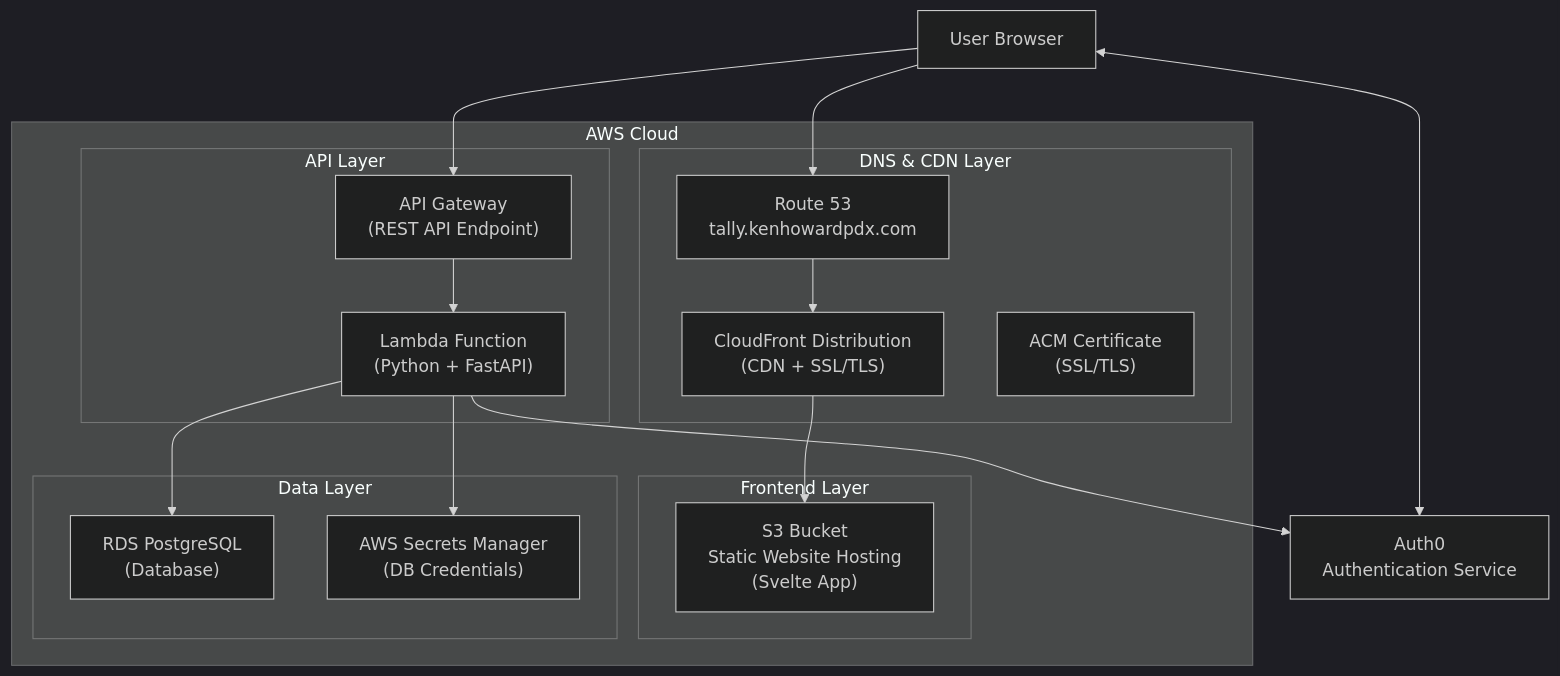
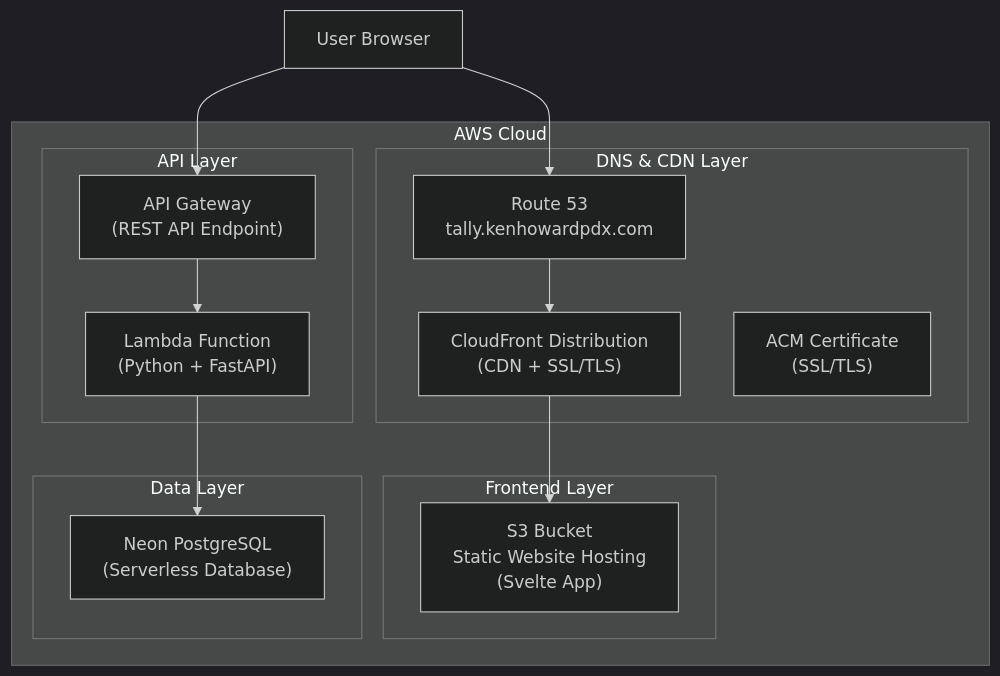
One commit to kenhowardpdx/tally changed the diagram in infra/README.md. Above: the diagram before and after it, drawn with Mermaid (dark theme). The commit also changed other lines of this file and 41 other files, not shown here.

````diff
--- a/infra/README.md
+++ b/infra/README.md
@@ -7,37 +36,32 @@
 ```mermaid
 graph TB
     subgraph AWS["AWS Cloud"]
         subgraph DNS["DNS & CDN Layer"]
             R53["Route 53<br/>tally.kenhowardpdx.com"]
             CF["CloudFront Distribution<br/>(CDN + SSL/TLS)"]
             ACM["ACM Certificate<br/>(SSL/TLS)"]
         end
 
         subgraph Frontend["Frontend Layer"]
             S3["S3 Bucket<br/>Static Website Hosting<br/>(Svelte App)"]
         end
 
         subgraph API["API Layer"]
             APIGW["API Gateway<br/>(REST API Endpoint)"]
             Lambda["Lambda Function<br/>(Python + FastAPI)"]
         end
 
         subgraph Data["Data Layer"]
-            RDS["RDS PostgreSQL<br/>(Database)"]
-            Secrets["AWS Secrets Manager<br/>(DB Credentials)"]
+            Neon["Neon PostgreSQL<br/>(Serverless Database)"]
         end
     end
 
     User["User Browser"]
-    Auth0["Auth0<br/>Authentication Service"]
 
     User --> R53
-    User <--> Auth0
     R53 --> CF
     CF --> S3
     User --> APIGW
     APIGW --> Lambda
-    Lambda --> Auth0
-    Lambda --> RDS
-    Lambda --> Secrets
+    Lambda --> Neon
 ```
````
